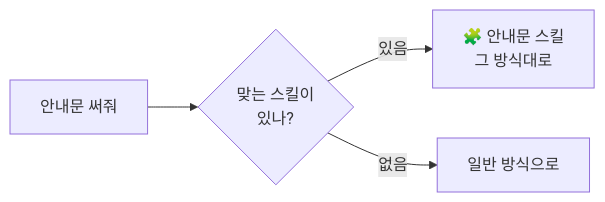
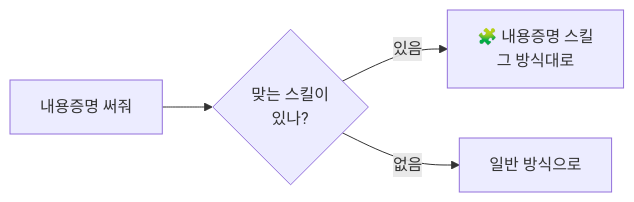
The first of 3 diagrams in 기초/08-스킬.md (gyuber/claude-basics), drawn with Mermaid before and after one commit. The commit also changed other lines of this file and 32 other files, not shown here.

````diff
--- a/기초/08-스킬.md
+++ b/기초/08-스킬.md
@@ -7,6 +7,6 @@
 ```mermaid
 flowchart LR
-  Q["안내문 써줘"] --> M{"맞는 스킬이<br/>있나?"}
-  M -- "있음" --> S["🧩 안내문 스킬<br/>그 방식대로"]
+  Q["내용증명 써줘"] --> M{"맞는 스킬이<br/>있나?"}
+  M -- "있음" --> S["🧩 내용증명 스킬<br/>그 방식대로"]
   M -- "없음" --> G["일반 방식으로"]
 ```
````
